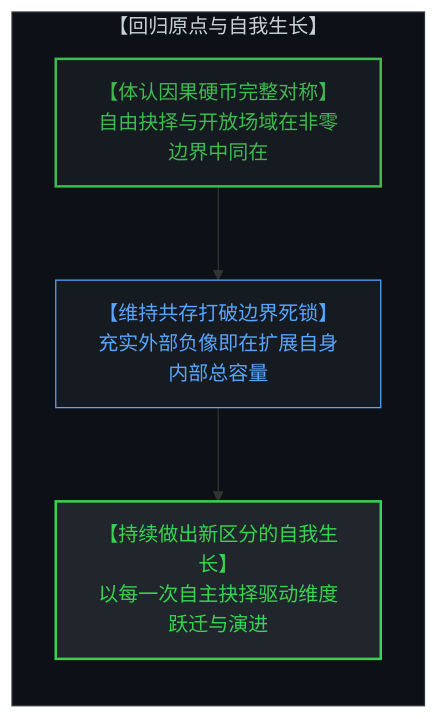
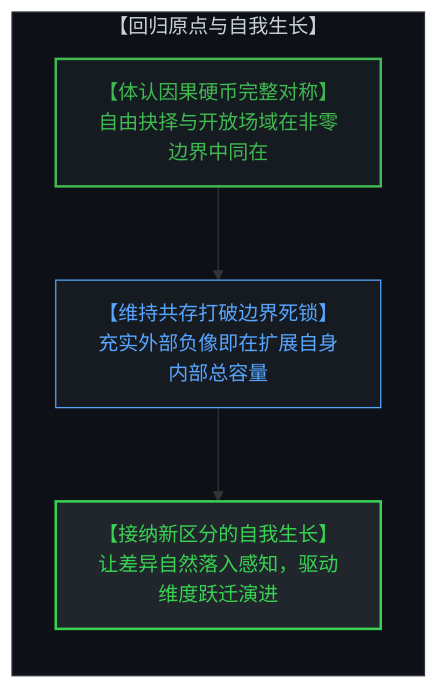
The sixth of 6 diagrams in content/posts/the-geometry-of-coexistence-and-the-dual-cut.md (powerpig99/not-a-toe), drawn with Mermaid before and after one commit. The commit also changed other lines of this file and 3 other files, not shown here.

````diff
--- a/content/posts/the-geometry-of-coexistence-and-the-dual-cut.md
+++ b/content/posts/the-geometry-of-coexistence-and-the-dual-cut.md
@@ -206,15 +206,15 @@
 ```mermaid
 graph TD
     subgraph GenerativeTension["【回归原点与自我生长】"]
         direction TB
         RecognizeCoPresence["【体认因果硬币完整对称】<br>自由抉择与开放场域在非零边界中同在"]
         MaintainCoexistence["【维持共存打破边界死锁】<br>充实外部负像即在扩展自身内部总容量"]
-        ContinuousDistinction["【持续做出新区分的自我生长】<br>以每一次自主抉择驱动维度跃迁与演进"]
+        ContinuousDistinction["【接纳新区分的自我生长】<br>让差异自然落入感知，驱动维度跃迁演进"]
         RecognizeCoPresence --> MaintainCoexistence
         MaintainCoexistence --> ContinuousDistinction
     end
     style GenerativeTension fill:#0d1117,stroke:#30363d,stroke-width:1px,color:#c9d1d9
     style RecognizeCoPresence fill:#161b22,stroke:#3fb950,stroke-width:2px,color:#3fb950
     style MaintainCoexistence fill:#161b22,stroke:#58a6ff,stroke-width:1px,color:#58a6ff
     style ContinuousDistinction fill:#21262d,stroke:#39d353,stroke-width:2px,color:#39d353
 ```
````
